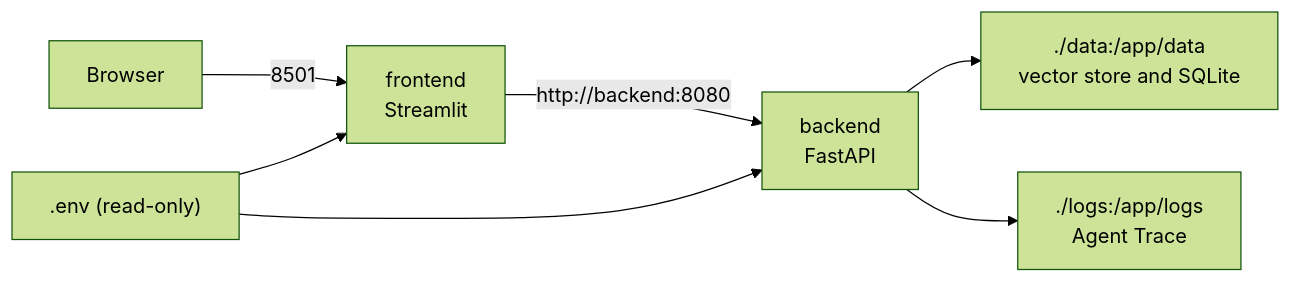
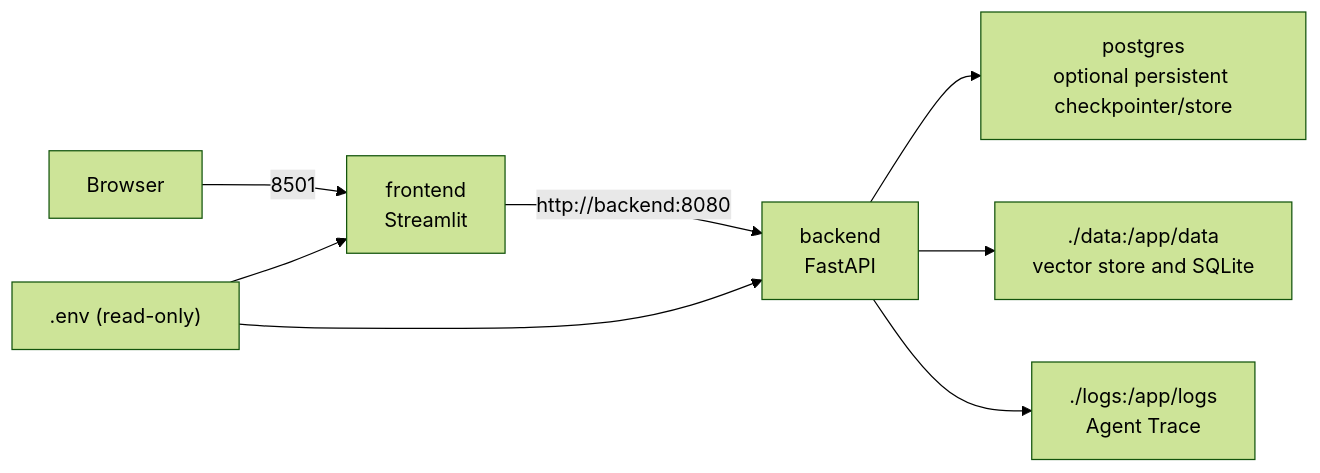
One commit to xuehaitao666/campus-ai-agent changed the diagram in docs/deployment/docker_deployment.md. Above: the diagram before and after it, drawn with Mermaid (forest theme). The commit also changed other lines of this file and 10 other files, not shown here.

````diff
--- a/docs/deployment/docker_deployment.md
+++ b/docs/deployment/docker_deployment.md
@@ -11,9 +11,10 @@
 ```mermaid
 flowchart LR
     U["Browser"] -->|"8501"| F["frontend<br/>Streamlit"]
     F -->|"http://backend:8080"| B["backend<br/>FastAPI"]
+    B --> P["postgres<br/>optional persistent checkpointer/store"]
     B --> D["./data:/app/data<br/>vector store and SQLite"]
     B --> L["./logs:/app/logs<br/>Agent Trace"]
     E[".env (read-only)"] --> B
     E --> F
 ```
````
